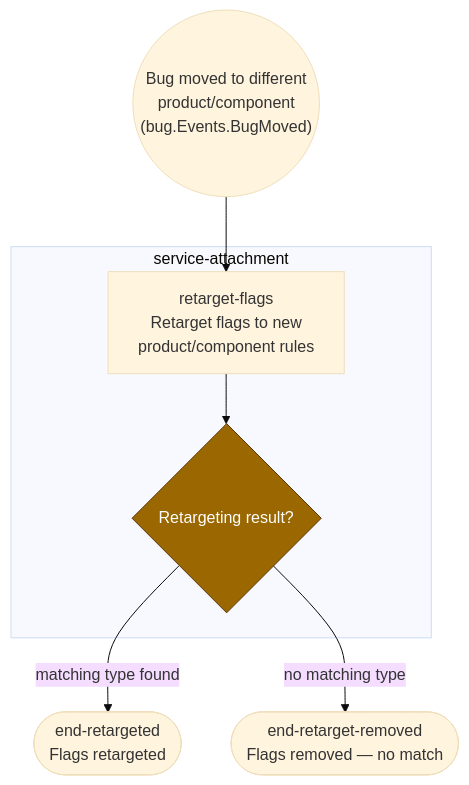
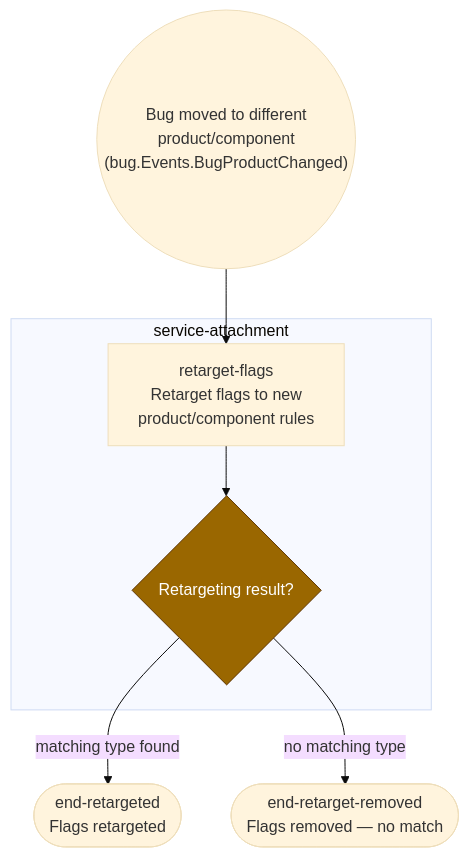
The third of 5 diagrams in workflows/workflow-flag-review-approval.md (josh289/discovery-docs-example), drawn with Mermaid (base theme) before and after one commit. The commit also changed other lines of this file and 17 other files, not shown here.

````diff
--- a/workflows/workflow-flag-review-approval.md
+++ b/workflows/workflow-flag-review-approval.md
@@ -85,20 +85,20 @@
 ```mermaid
 flowchart TD
-    startMoved(("Bug moved to different<br>product/component<br>(bug.Events.BugMoved)"))
+    startMoved(("Bug moved to different<br>product/component<br>(bug.Events.BugProductChanged)"))
 
     subgraph attachment["service-attachment"]
         retarget["retarget-flags<br>Retarget flags to new<br>product/component rules"]
         gwRetarget{"Retargeting result?"}
     end
 
     endRetargeted([end-retargeted<br>Flags retargeted])
     endRetargetRemoved([end-retarget-removed<br>Flags removed — no match])
 
     startMoved --> retarget
     retarget --> gwRetarget
     gwRetarget -->|matching type found| endRetargeted
     gwRetarget -->|no matching type| endRetargetRemoved
 
     classDef gateway fill:#9a6700,stroke:#5e3500,color:#ffffff
     class gwRetarget gateway
 ```
````
